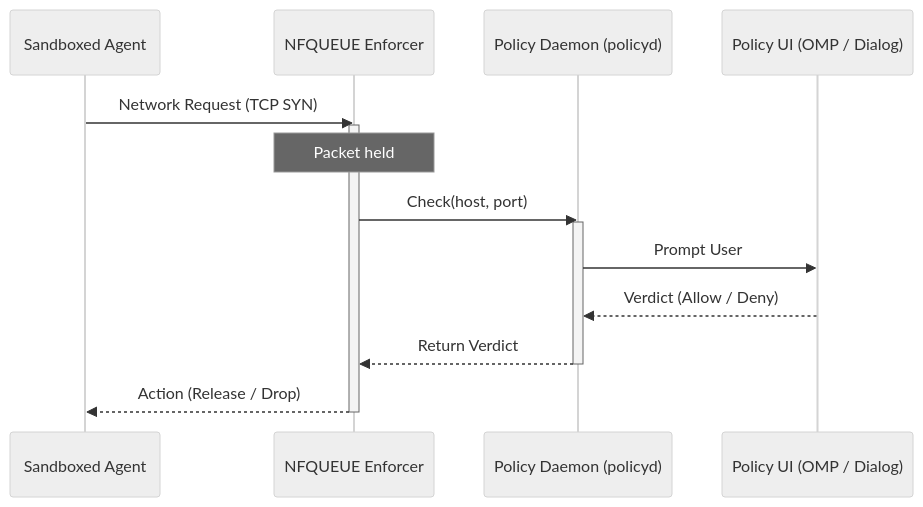
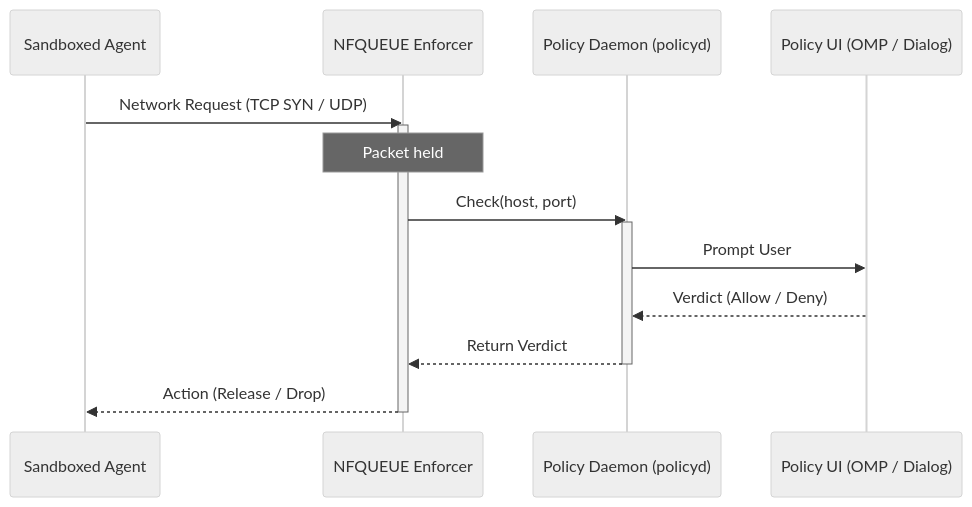
One commit to tdortman/agent-sandbox changed the diagram in README.md. Above: the diagram before and after it, drawn with Mermaid (neutral theme). The commit also changed other lines of this file, not shown here.

Commit message:
docs: specify that UDP is supported too

````diff
--- a/README.md
+++ b/README.md
@@ -9,19 +9,19 @@
 ```mermaid
 sequenceDiagram
     participant Agent as Sandboxed Agent
     participant NFQ as NFQUEUE Enforcer
     participant Daemon as Policy Daemon (policyd)
     participant UI as Policy UI (OMP / Dialog)
 
-    Agent->>NFQ: Network Request (TCP SYN)
+    Agent->>NFQ: Network Request (TCP SYN / UDP)
     activate NFQ
     Note over NFQ: Packet held
     NFQ->>Daemon: Check(host, port)
     activate Daemon
     Daemon->>UI: Prompt User
     UI-->>Daemon: Verdict (Allow / Deny)
     Daemon-->>NFQ: Return Verdict
     deactivate Daemon
     NFQ-->>Agent: Action (Release / Drop)
     deactivate NFQ
 ```
````
